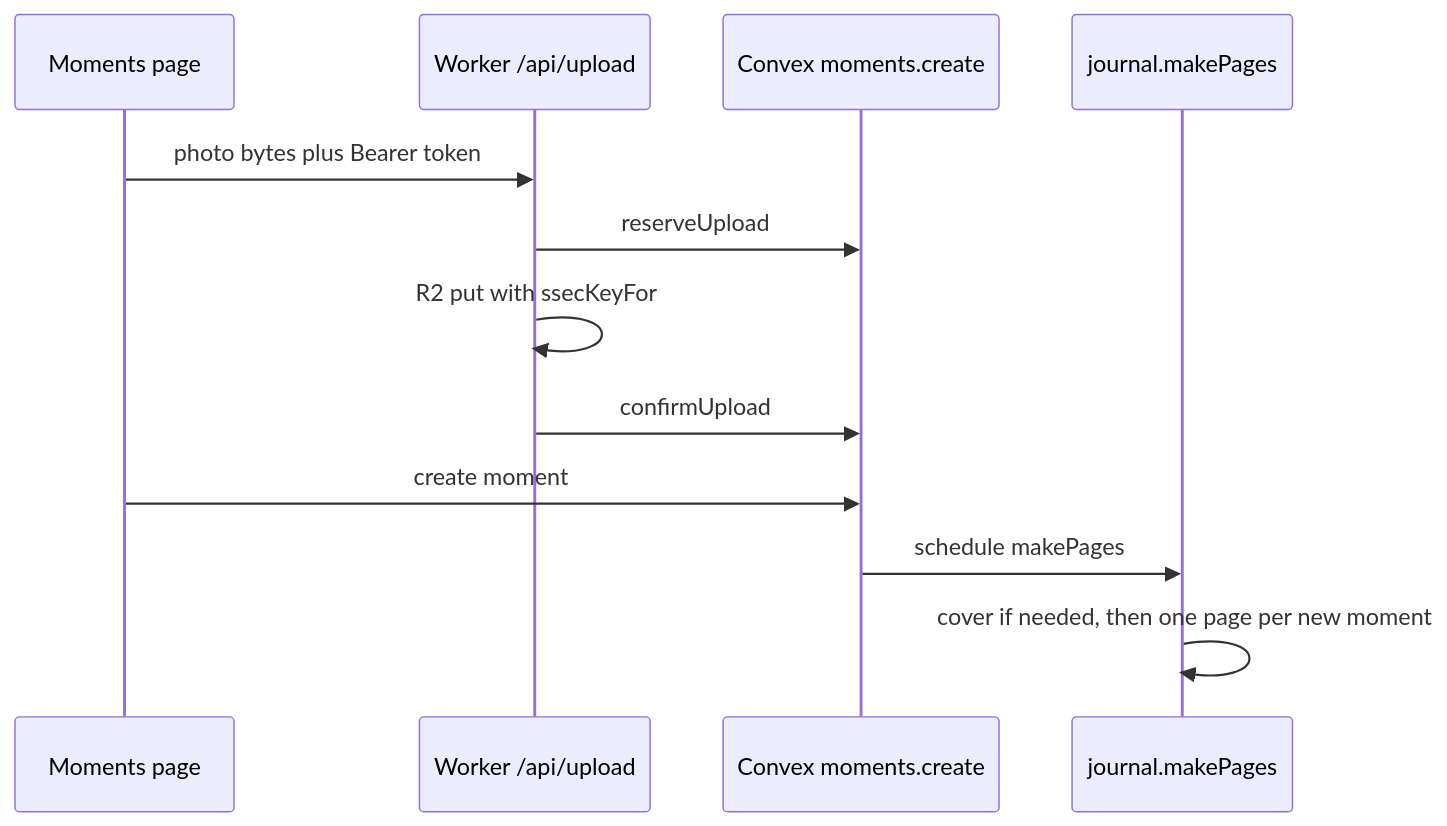
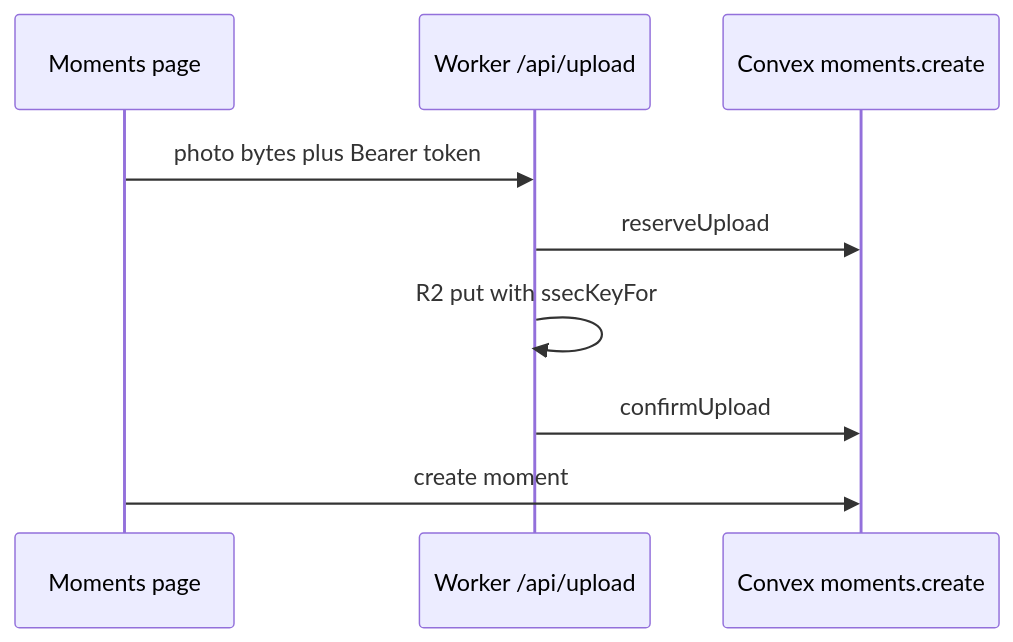
Before and after one commit to hhwjsw711/Story-time: the second of 2 diagrams in docs/architecture.md, drawn with Mermaid. The commit also changed other lines of this file and 98 other files, not shown here.

````diff
--- a/docs/architecture.md
+++ b/docs/architecture.md
@@ -85,14 +83,11 @@
 ```mermaid
 sequenceDiagram
   participant UI as Moments page
   participant W as Worker /api/upload
   participant C as Convex moments.create
-  participant J as journal.makePages
   UI->>W: photo bytes plus Bearer token
   W->>C: reserveUpload
   W->>W: R2 put with ssecKeyFor
   W->>C: confirmUpload
   UI->>C: create moment
-  C->>J: schedule makePages
-  J->>J: cover if needed, then one page per new moment
 ```
````
